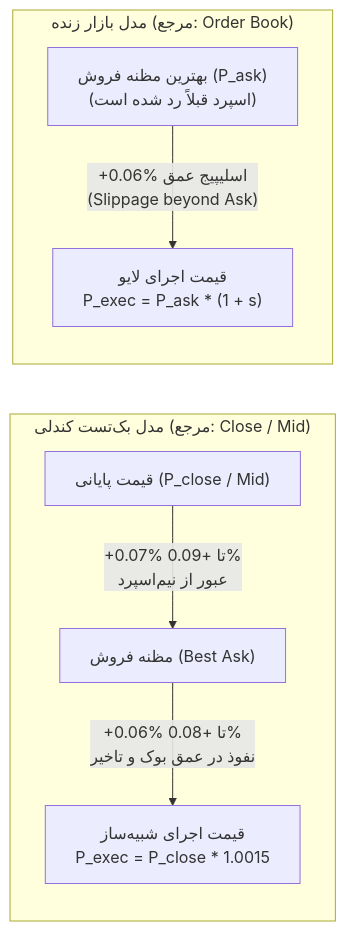
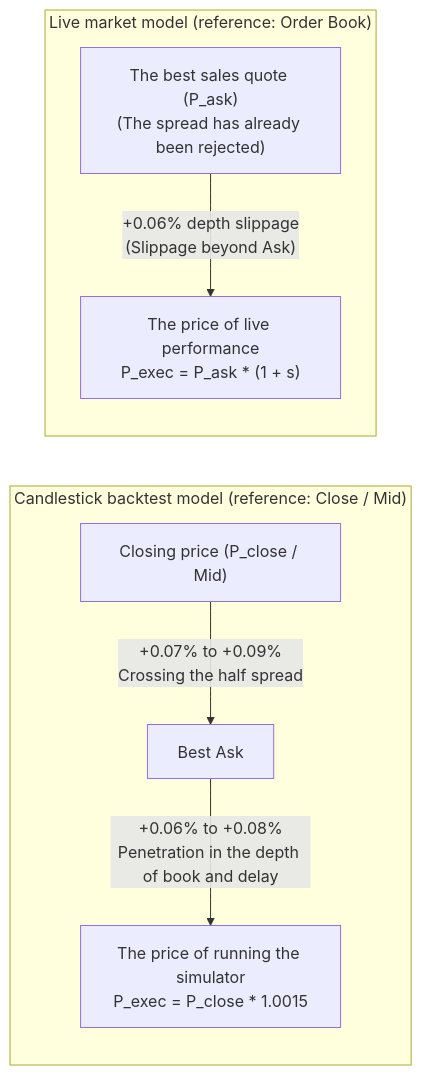
One commit to AliFazelniya/wallextrade changed the diagram in docs/PHASE19_EXECUTION_MODEL_RECONCILIATION.md. Above: the diagram before and after it, drawn with Mermaid. The commit also changed other lines of this file and 81 other files, not shown here.

````diff
--- a/docs/PHASE19_EXECUTION_MODEL_RECONCILIATION.md
+++ b/docs/PHASE19_EXECUTION_MODEL_RECONCILIATION.md
@@ -59,12 +59,12 @@
 ```mermaid
 flowchart LR
-    subgraph Candle_Model["مدل بک‌تست کندلی (مرجع: Close / Mid)"]
+    subgraph Candle_Model["Candlestick backtest model (reference: Close / Mid)"]
         direction TB
-        M["قیمت پایانی (P_close / Mid)"] -->|"+0.07% تا +0.09%\nعبور از نیم‌اسپرد"| A["مظنه فروش (Best Ask)"]
-        A -->|"+0.06% تا +0.08%\nنفوذ در عمق بوک و تاخیر"| E["قیمت اجرای شبیه‌ساز\nP_exec = P_close * 1.0015"]
+        M["Closing price (P_close / Mid)"] -->|"+0.07% to +0.09%\nCrossing the half spread"| A["Best Ask"]
+        A -->|"+0.06% to +0.08%\nPenetration in the depth of book and delay"| E["The price of running the simulator\nP_exec = P_close * 1.0015"]
     end
-    subgraph Live_Model["مدل بازار زنده (مرجع: Order Book)"]
+    subgraph Live_Model["Live market model (reference: Order Book)"]
         direction TB
-        LA["بهترین مظنه فروش (P_ask)\n(اسپرد قبلاً رد شده است)"] -->|"+0.06% اسلیپیج عمق\n(Slippage beyond Ask)"| LE["قیمت اجرای لایو\nP_exec = P_ask * (1 + s)"]
+        LA["The best sales quote (P_ask)\n(The spread has already been rejected)"] -->|"+0.06% depth slippage\n(Slippage beyond Ask)"| LE["The price of live performance\nP_exec = P_ask * (1 + s)"]
     end
 ```
````
